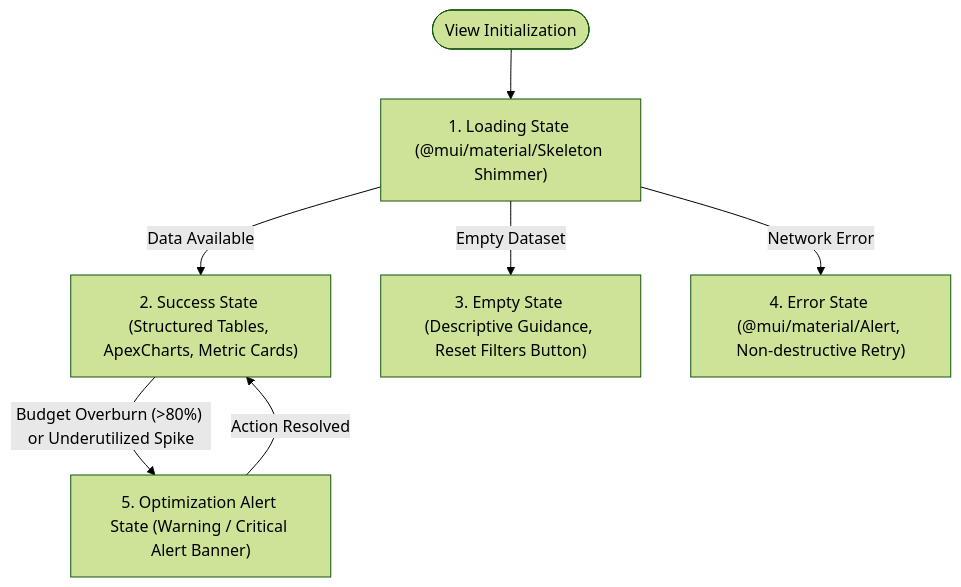
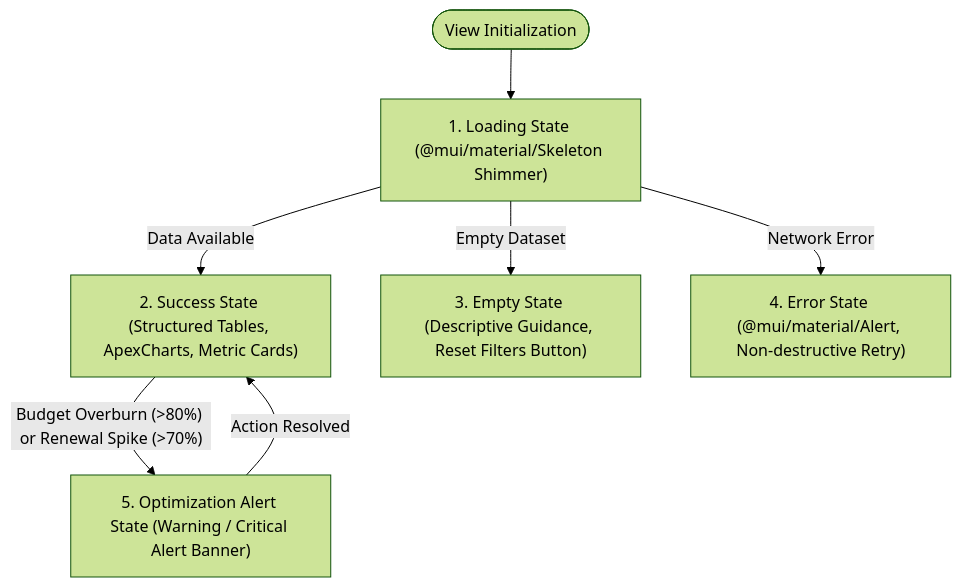
One commit to cuonglpv/VFast changed the second of 2 diagrams in docs/04-information-architecture-manager.md. Above: the diagram before and after it, drawn with Mermaid (forest theme). The commit also changed other lines of this file, not shown here.

````diff
--- a/docs/04-information-architecture-manager.md
+++ b/docs/04-information-architecture-manager.md
@@ -643,9 +734,9 @@
 ```mermaid
 flowchart TD
     Init(["View Initialization"]) --> Loading["1. Loading State (@mui/material/Skeleton Shimmer)"]
     Loading -->|"Data Available"| Success["2. Success State (Structured Tables, ApexCharts, Metric Cards)"]
     Loading -->|"Empty Dataset"| Empty["3. Empty State (Descriptive Guidance, Reset Filters Button)"]
     Loading -->|"Network Error"| Error["4. Error State (@mui/material/Alert, Non-destructive Retry)"]
-    Success -->|"Budget Overburn (>80%) or Underutilized Spike"| AlertState["5. Optimization Alert State (Warning / Critical Alert Banner)"]
+    Success -->|"Budget Overburn (>80%) or Renewal Spike (>70%)"| AlertState["5. Optimization Alert State (Warning / Critical Alert Banner)"]
     AlertState -->|"Action Resolved"| Success
 ```
````
